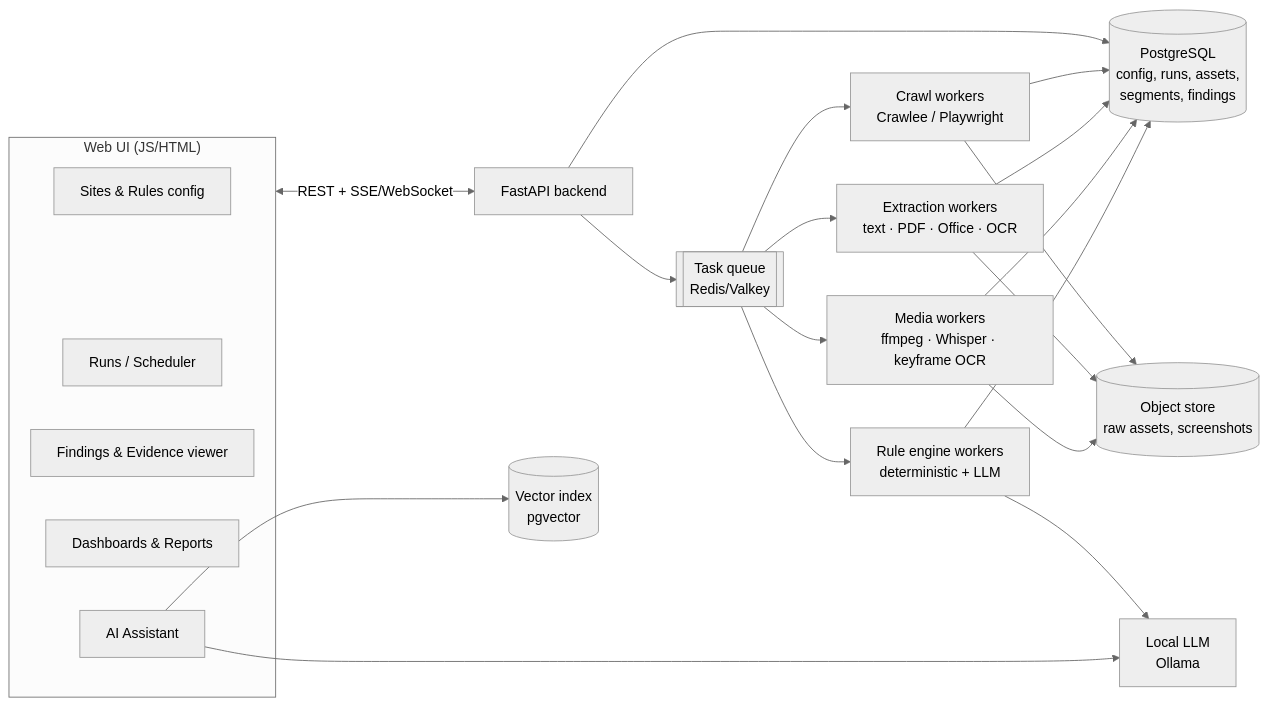
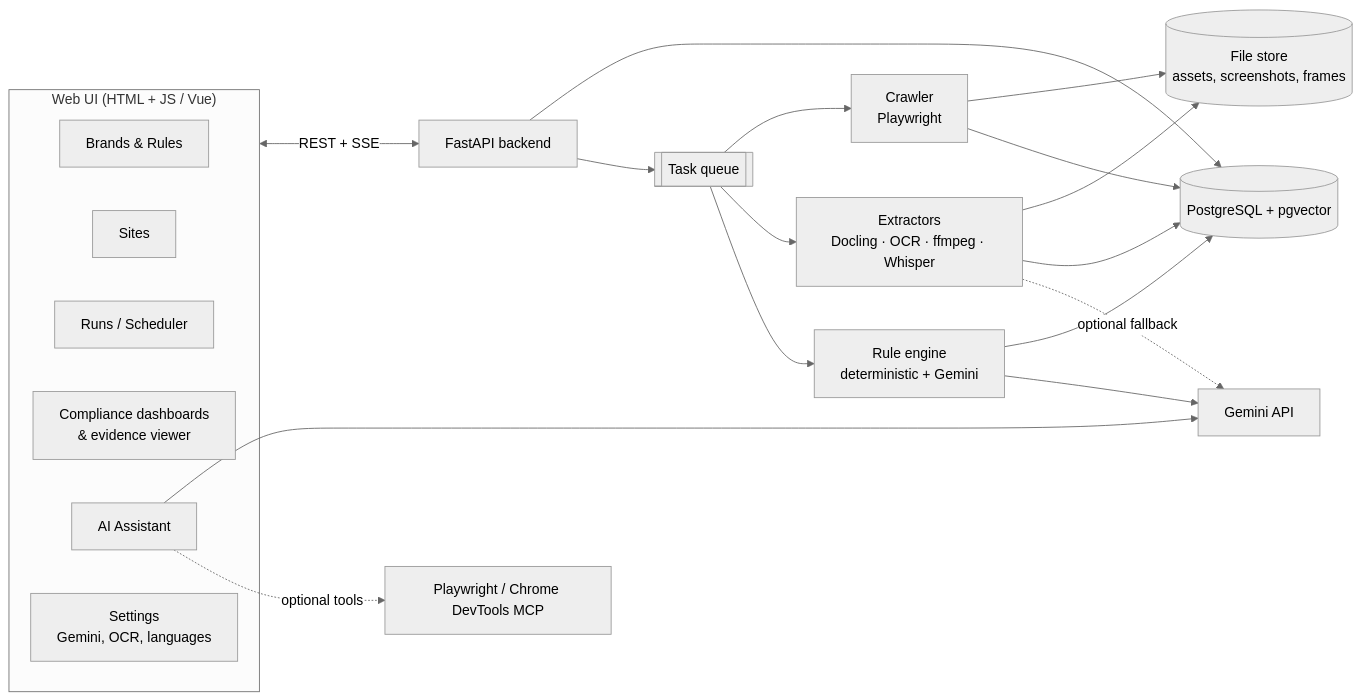
One commit to aisagark82/Marketing-review changed the diagram in docs/DESIGN.md. Above: the diagram before and after it, drawn with Mermaid (neutral theme). The commit also changed other lines of this file, not shown here.

First line of the commit message:
Revise design to v0.2: Gemini, multilingual, crawler options, dashboards

````diff
--- a/docs/DESIGN.md
+++ b/docs/DESIGN.md
@@ -28,29 +30,27 @@
 ```mermaid
 flowchart LR
-  subgraph UI["Web UI (JS/HTML)"]
-    CFG[Sites & Rules config]
-    ORC[Runs / Scheduler]
-    FND[Findings & Evidence viewer]
-    RPT[Dashboards & Reports]
-    AST[AI Assistant]
+  subgraph UI["Web UI (HTML + JS / Vue)"]
+    B[Brands & Rules]
+    S[Sites]
+    R[Runs / Scheduler]
+    D[Compliance dashboards<br/>& evidence viewer]
+    A[AI Assistant]
+    ST[Settings<br/>Gemini, OCR, languages]
   end
 
-  UI <-->|REST + SSE/WebSocket| API[FastAPI backend]
+  UI <-->|REST + SSE| API[FastAPI backend]
+  API --> DB[(PostgreSQL + pgvector)]
+  API --> Q[[Task queue]]
 
-  API --> DB[(PostgreSQL<br/>config, runs, assets,<br/>segments, findings)]
-  API --> Q[[Task queue<br/>Redis/Valkey]]
+  Q --> C[Crawler<br/>Playwright]
+  Q --> X[Extractors<br/>Docling · OCR · ffmpeg · Whisper]
+  Q --> E[Rule engine<br/>deterministic + Gemini]
 
-  Q --> W1[Crawl workers<br/>Crawlee / Playwright]
-  Q --> W2[Extraction workers<br/>text · PDF · Office · OCR]
-  Q --> W3[Media workers<br/>ffmpeg · Whisper · keyframe OCR]
-  Q --> W4[Rule engine workers<br/>deterministic + LLM]
+  C & X --> FS[(File store<br/>assets, screenshots, frames)]
+  C & X & E --> DB
 
-  W1 --> OBJ[(Object store<br/>raw assets, screenshots)]
-  W2 --> OBJ
-  W3 --> OBJ
-  W1 & W2 & W3 & W4 --> DB
-
-  W4 --> LLM[Local LLM<br/>Ollama]
-  AST --> LLM
-  AST --> VEC[(Vector index<br/>pgvector)]
+  E --> G[Gemini API]
+  A --> G
+  A -. optional tools .-> MCP[Playwright / Chrome DevTools MCP]
+  X -. optional fallback .-> G
 ```
````
